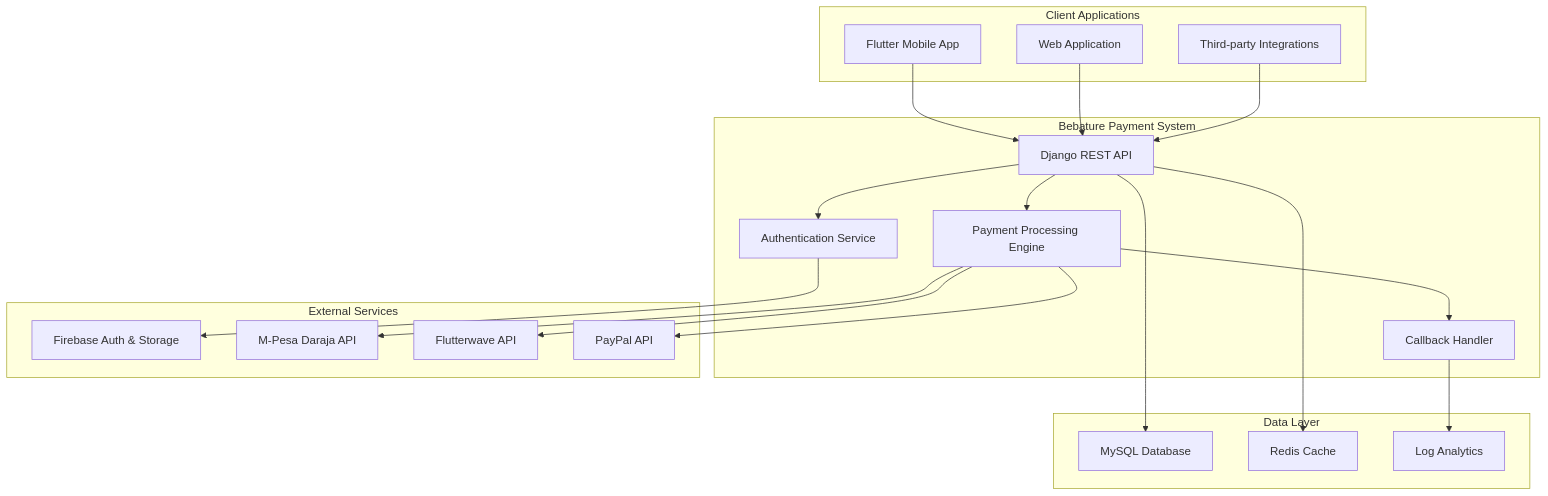
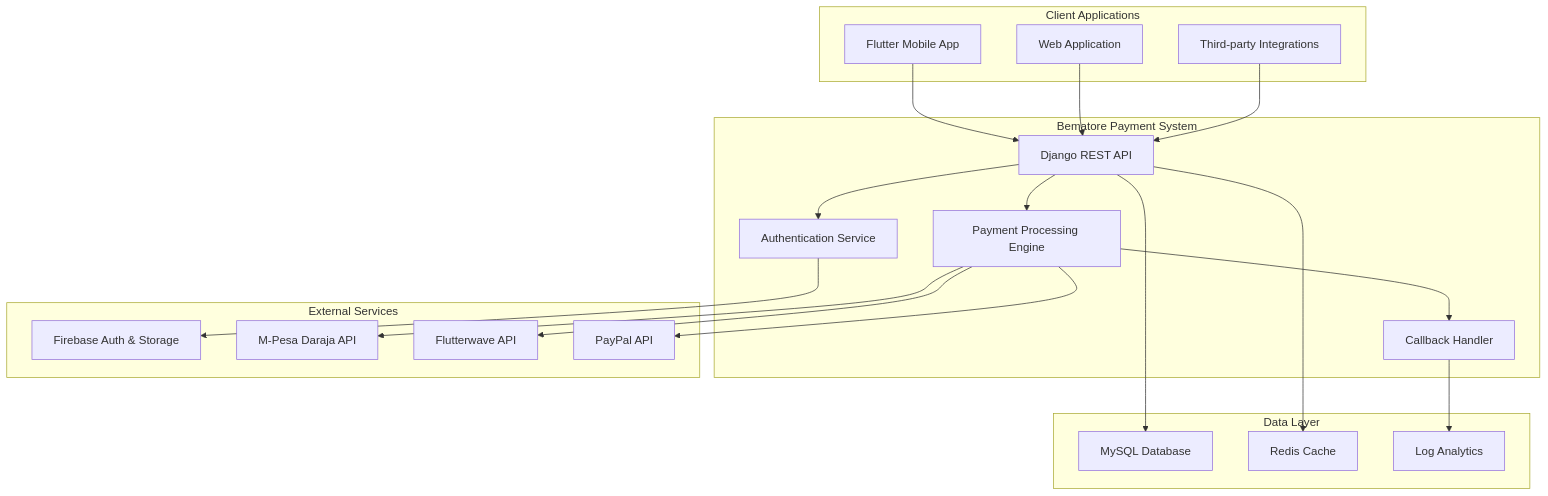
One commit to Bematore-Mental-Health/payment-system changed the diagram in README.md. Above: the diagram before and after it, drawn with Mermaid.

````diff
--- a/README.md
+++ b/README.md
@@ -53,42 +53,42 @@
 ```mermaid
 graph TB
     subgraph "Client Applications"
         A[Flutter Mobile App]
         B[Web Application]
         C[Third-party Integrations]
     end
     
-    subgraph "Bebature Payment System"
+    subgraph "Bematore Payment System"
         D[Django REST API]
         E[Authentication Service]
         F[Payment Processing Engine]
         G[Callback Handler]
     end
     
     subgraph "External Services"
         H[Firebase Auth & Storage]
         I[M-Pesa Daraja API]
         J[Flutterwave API]
         K[PayPal API]
     end
     
     subgraph "Data Layer"
         L[MySQL Database]
         M[Redis Cache]
         N[Log Analytics]
     end
     
     A --> D
     B --> D
     C --> D
     D --> E
     D --> F
     F --> G
     E --> H
     F --> I
     F --> J
     F --> K
     D --> L
     D --> M
     G --> N
 ```
````
